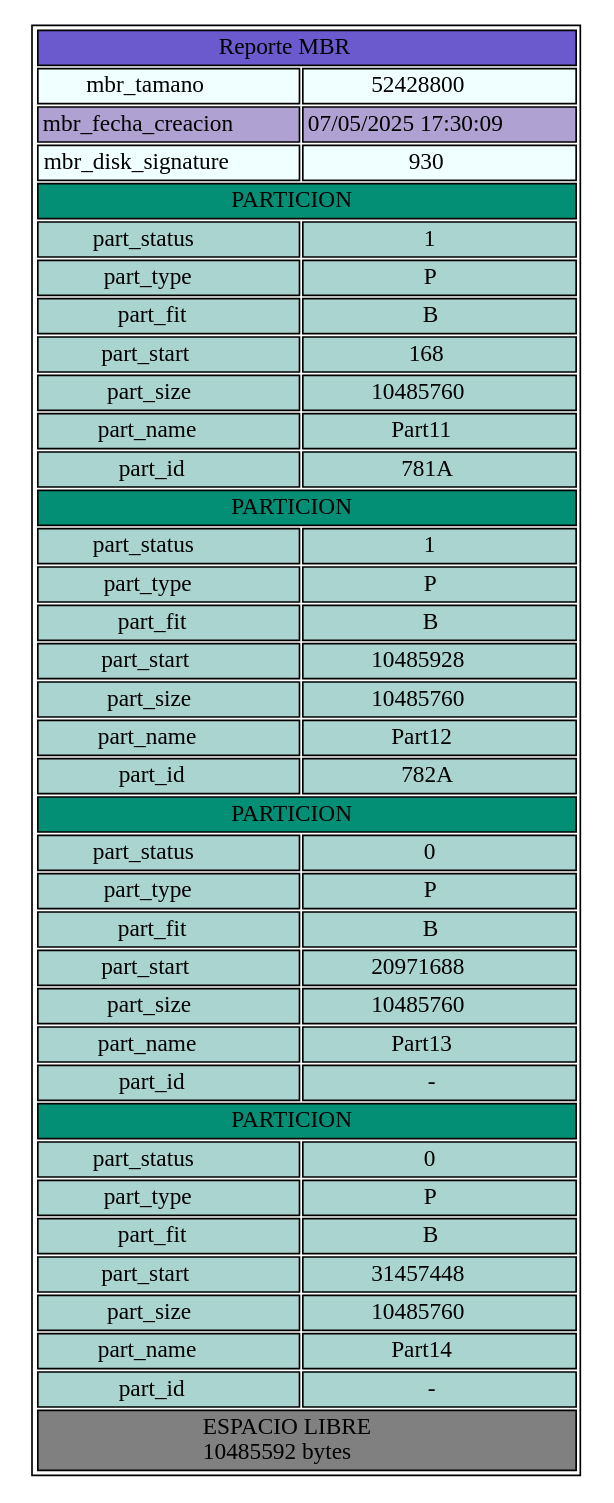
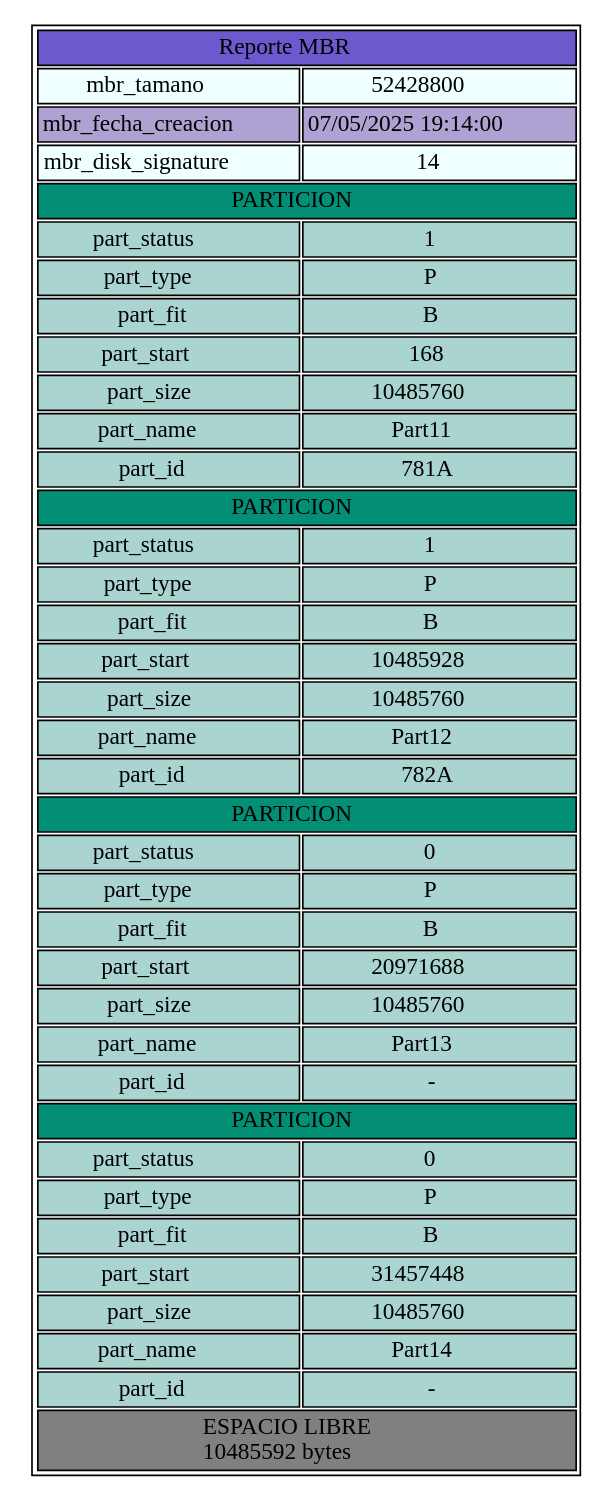
Before and after one commit to YairCarrito45/MIA-P2: the diagram in Backend/home/yair/Calificacion_MIA/Reportes/p1_r2_mbr.dot, drawn with Graphviz. The commit also changed 58 other files, not shown here.

```diff
--- a/Backend/home/yair/Calificacion_MIA/Reportes/p1_r2_mbr.dot
+++ b/Backend/home/yair/Calificacion_MIA/Reportes/p1_r2_mbr.dot
@@ -1,147 +1,147 @@
 digraph { 
 node [ shape=none ] 
 TablaReportNodo [ label = < <table border="1"> 
  <tr>
   <td bgcolor='SlateBlue' COLSPAN="2"> Reporte MBR </td> 
  </tr> 
  <tr>
   <td bgcolor='Azure'> mbr_tamano </td> 
   <td bgcolor='Azure'> 52428800 </td> 
  </tr> 
  <tr>
   <td bgcolor='#AFA1D1'> mbr_fecha_creacion </td> 
-  <td bgcolor='#AFA1D1'> 07/05/2025 17:30:09 </td> 
+  <td bgcolor='#AFA1D1'> 07/05/2025 19:14:00 </td> 
  </tr> 
  <tr>
   <td bgcolor='Azure'> mbr_disk_signature </td> 
-  <td bgcolor='Azure'> 930 </td> 
+  <td bgcolor='Azure'> 14 </td> 
  </tr>  
  <tr>
  <td bgcolor='#028f76' COLSPAN="2"> PARTICION </td> 
  </tr> 
  <tr>
  <td bgcolor='#aad4cf'> part_status </td> 
  <td bgcolor='#aad4cf'> 1 </td> 
  </tr> 
  <tr>
  <td bgcolor='#aad4cf'> part_type </td> 
  <td bgcolor='#aad4cf'> P </td> 
  </tr> 
  <tr>
  <td bgcolor='#aad4cf'> part_fit </td> 
  <td bgcolor='#aad4cf'> B </td> 
  </tr> 
  <tr>
  <td bgcolor='#aad4cf'> part_start </td> 
  <td bgcolor='#aad4cf'> 168 </td> 
  </tr> 
  <tr>
  <td bgcolor='#aad4cf'> part_size </td> 
  <td bgcolor='#aad4cf'> 10485760 </td> 
  </tr> 
  <tr>
  <td bgcolor='#aad4cf'> part_name </td> 
  <td bgcolor='#aad4cf'> Part11 </td> 
  </tr> 
  <tr>
  <td bgcolor='#aad4cf'> part_id </td> 
  <td bgcolor='#aad4cf'> 781A </td> 
  </tr> 
  <tr>
  <td bgcolor='#028f76' COLSPAN="2"> PARTICION </td> 
  </tr> 
  <tr>
  <td bgcolor='#aad4cf'> part_status </td> 
  <td bgcolor='#aad4cf'> 1 </td> 
  </tr> 
  <tr>
  <td bgcolor='#aad4cf'> part_type </td> 
  <td bgcolor='#aad4cf'> P </td> 
  </tr> 
  <tr>
  <td bgcolor='#aad4cf'> part_fit </td> 
  <td bgcolor='#aad4cf'> B </td> 
  </tr> 
  <tr>
  <td bgcolor='#aad4cf'> part_start </td> 
  <td bgcolor='#aad4cf'> 10485928 </td> 
  </tr> 
  <tr>
  <td bgcolor='#aad4cf'> part_size </td> 
  <td bgcolor='#aad4cf'> 10485760 </td> 
  </tr> 
  <tr>
  <td bgcolor='#aad4cf'> part_name </td> 
  <td bgcolor='#aad4cf'> Part12 </td> 
  </tr> 
  <tr>
  <td bgcolor='#aad4cf'> part_id </td> 
  <td bgcolor='#aad4cf'> 782A </td> 
  </tr> 
  <tr>
  <td bgcolor='#028f76' COLSPAN="2"> PARTICION </td> 
  </tr> 
  <tr>
  <td bgcolor='#aad4cf'> part_status </td> 
  <td bgcolor='#aad4cf'> 0 </td> 
  </tr> 
  <tr>
  <td bgcolor='#aad4cf'> part_type </td> 
  <td bgcolor='#aad4cf'> P </td> 
  </tr> 
  <tr>
  <td bgcolor='#aad4cf'> part_fit </td> 
  <td bgcolor='#aad4cf'> B </td> 
  </tr> 
  <tr>
  <td bgcolor='#aad4cf'> part_start </td> 
  <td bgcolor='#aad4cf'> 20971688 </td> 
  </tr> 
  <tr>
  <td bgcolor='#aad4cf'> part_size </td> 
  <td bgcolor='#aad4cf'> 10485760 </td> 
  </tr> 
  <tr>
  <td bgcolor='#aad4cf'> part_name </td> 
  <td bgcolor='#aad4cf'> Part13 </td> 
  </tr> 
  <tr>
  <td bgcolor='#aad4cf'> part_id </td> 
  <td bgcolor='#aad4cf'> - </td> 
  </tr> 
  <tr>
  <td bgcolor='#028f76' COLSPAN="2"> PARTICION </td> 
  </tr> 
  <tr>
  <td bgcolor='#aad4cf'> part_status </td> 
  <td bgcolor='#aad4cf'> 0 </td> 
  </tr> 
  <tr>
  <td bgcolor='#aad4cf'> part_type </td> 
  <td bgcolor='#aad4cf'> P </td> 
  </tr> 
  <tr>
  <td bgcolor='#aad4cf'> part_fit </td> 
  <td bgcolor='#aad4cf'> B </td> 
  </tr> 
  <tr>
  <td bgcolor='#aad4cf'> part_start </td> 
  <td bgcolor='#aad4cf'> 31457448 </td> 
  </tr> 
  <tr>
  <td bgcolor='#aad4cf'> part_size </td> 
  <td bgcolor='#aad4cf'> 10485760 </td> 
  </tr> 
  <tr>
  <td bgcolor='#aad4cf'> part_name </td> 
  <td bgcolor='#aad4cf'> Part14 </td> 
  </tr> 
  <tr>
  <td bgcolor='#aad4cf'> part_id </td> 
  <td bgcolor='#aad4cf'> - </td> 
  </tr> 
  <tr>
  <td bgcolor='#808080' COLSPAN="2"> ESPACIO LIBRE <br/> 10485592 bytes </td> 
  </tr> 
 </table> > ]
 }
```
